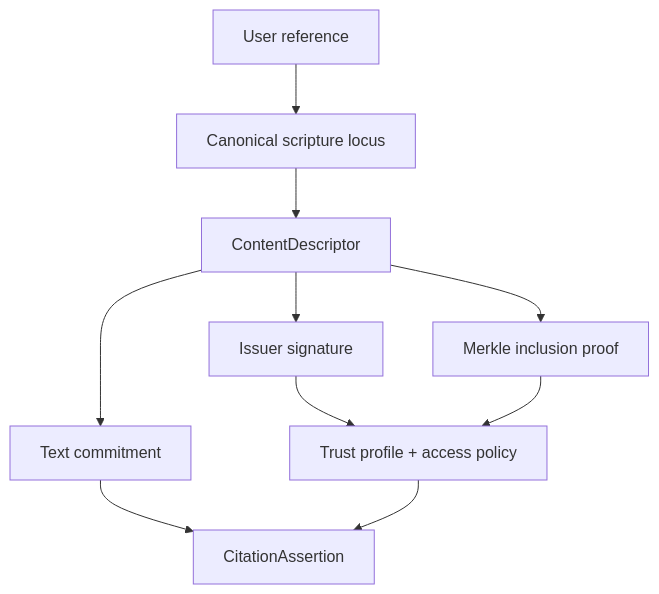
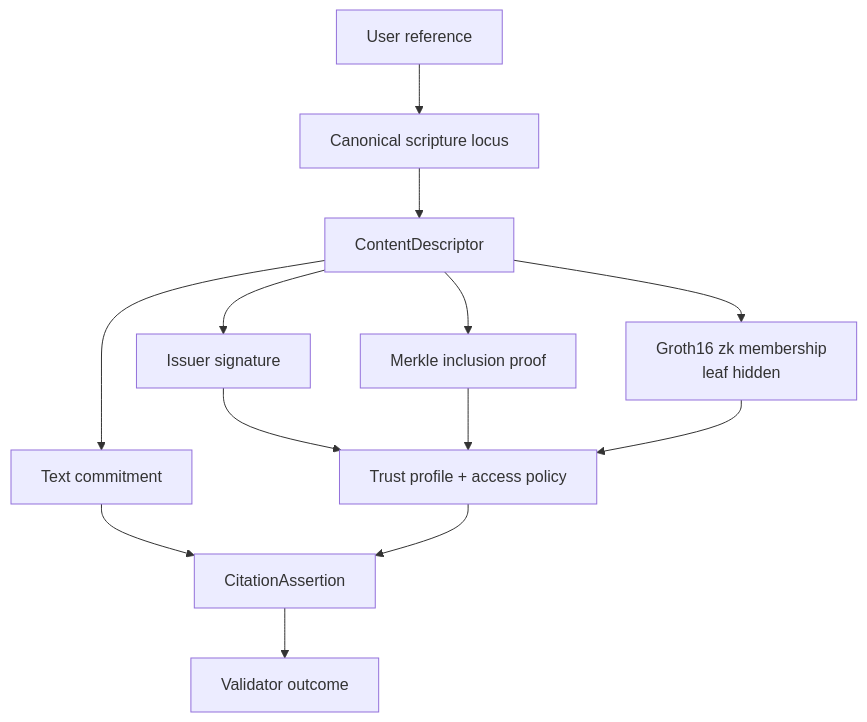
Before and after one commit to rpedersen3/verifiable-content-demo: the third of 6 diagrams in documents/system-architecture.md, drawn with Mermaid. The commit also changed other lines of this file and 9 other files, not shown here.

````diff
--- a/documents/system-architecture.md
+++ b/documents/system-architecture.md
@@ -80,21 +90,26 @@
 ```mermaid
 flowchart TD
   Input["User reference"]
   Canonical["Canonical scripture locus"]
   Descriptor["ContentDescriptor"]
   Signature["Issuer signature"]
   Merkle["Merkle inclusion proof"]
+  ZK["Groth16 zk membership\nleaf hidden"]
   Commitment["Text commitment"]
   Policy["Trust profile + access policy"]
   Citation["CitationAssertion"]
+  Validator["Validator outcome"]
 
   Input --> Canonical
   Canonical --> Descriptor
   Descriptor --> Signature
   Descriptor --> Merkle
+  Descriptor --> ZK
   Descriptor --> Commitment
   Signature --> Policy
   Merkle --> Policy
+  ZK --> Policy
   Commitment --> Citation
   Policy --> Citation
+  Citation --> Validator
 ```
````
